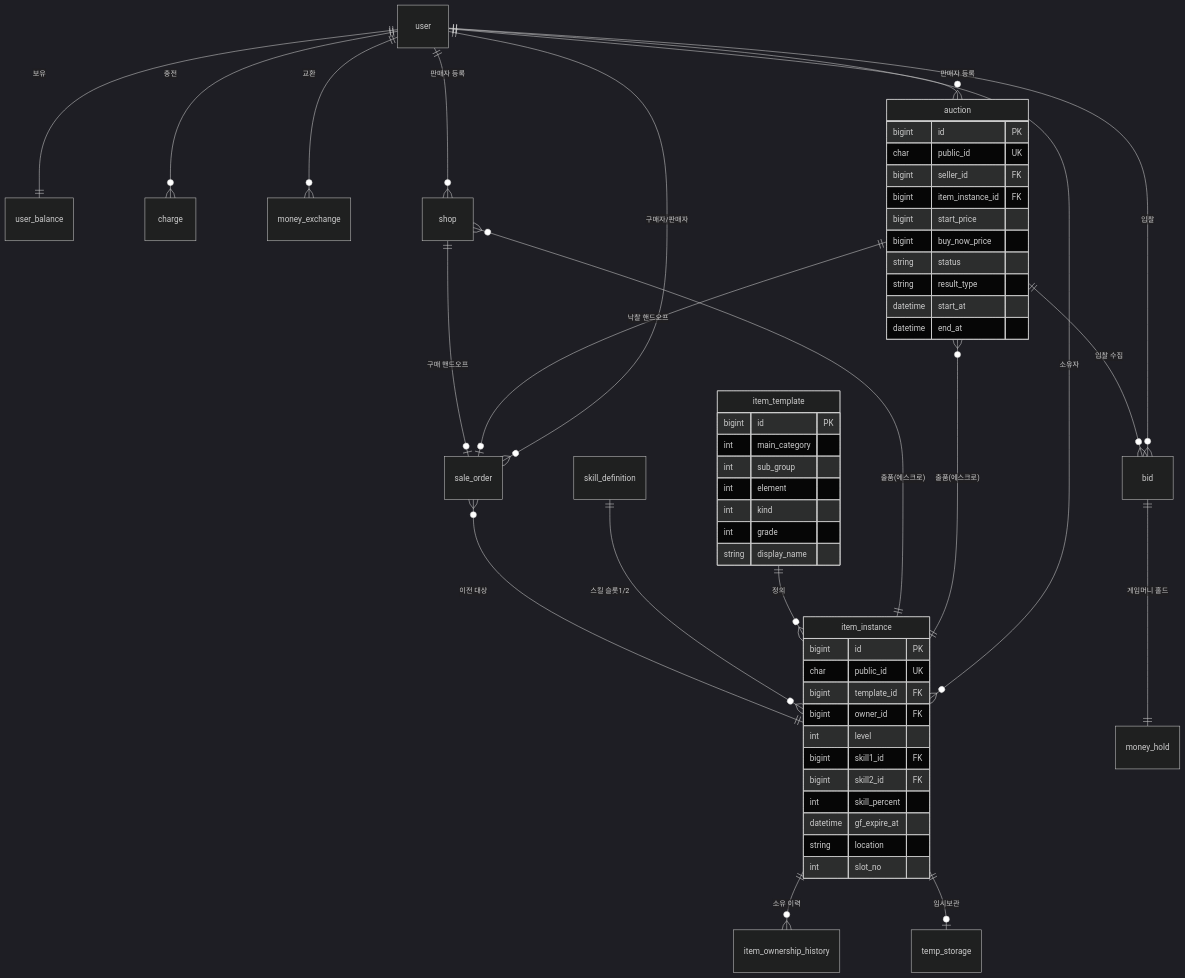
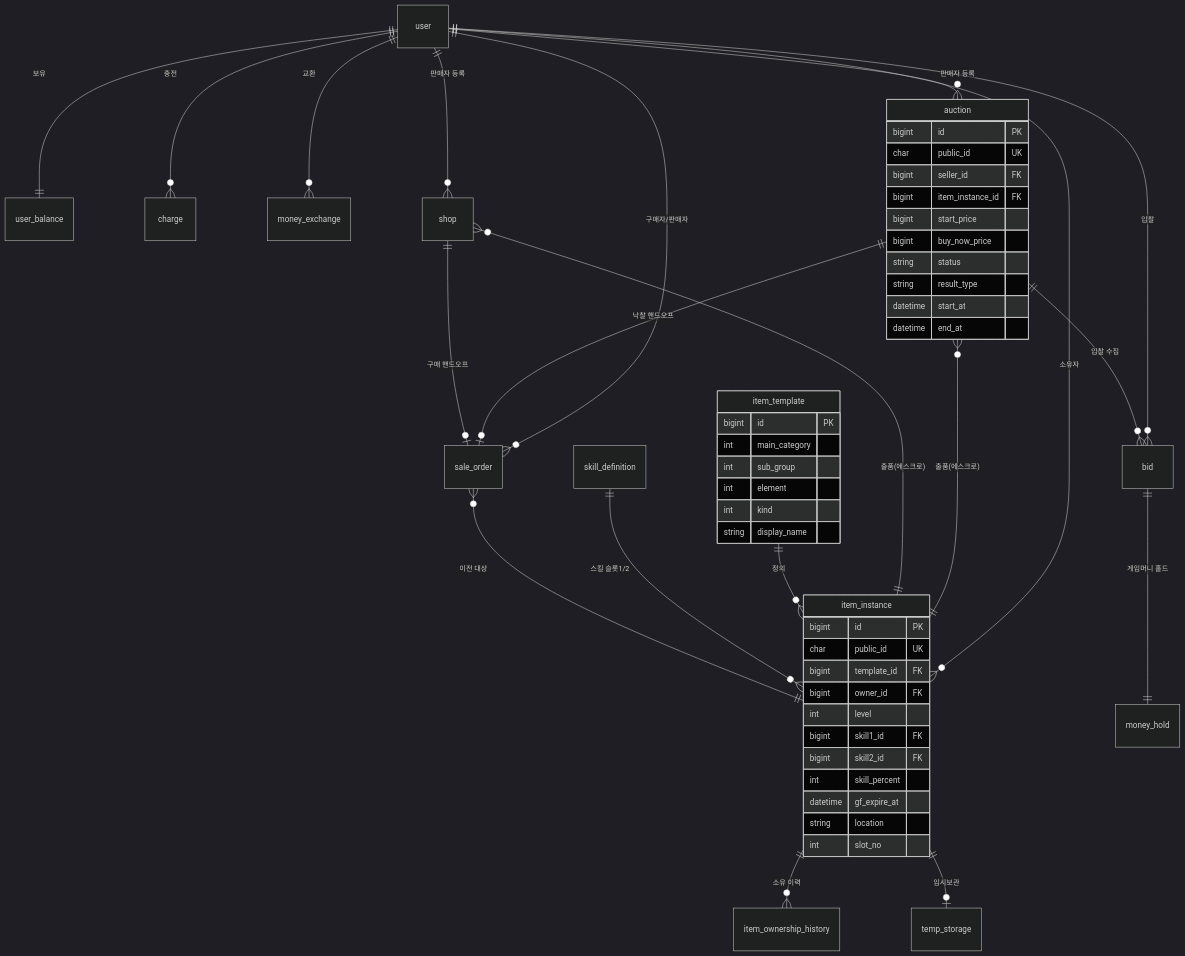
The diagram in docs/erd.md (jong15325/finalcall), drawn with Mermaid (dark theme) before and after one commit. The commit also changed other lines of this file and 6 other files, not shown here.

````diff
--- a/docs/erd.md
+++ b/docs/erd.md
@@ -70,60 +71,59 @@
 ```mermaid
 erDiagram
     user ||--|| user_balance : "보유"
     user ||--o{ charge : "충전"
     user ||--o{ money_exchange : "교환"
     user ||--o{ auction : "판매자 등록"
     user ||--o{ shop : "판매자 등록"
     user ||--o{ bid : "입찰"
     user ||--o{ sale_order : "구매자/판매자"
     user ||--o{ item_instance : "소유자"
 
     auction ||--o{ bid : "입찰 수집"
     bid ||--|| money_hold : "게임머니 홀드"
     auction ||--o| sale_order : "낙찰 핸드오프"
     shop ||--o| sale_order : "구매 핸드오프"
 
     auction }o--|| item_instance : "출품(에스크로)"
     shop }o--|| item_instance : "출품(에스크로)"
 
     item_template ||--o{ item_instance : "정의"
     skill_definition ||--o{ item_instance : "스킬 슬롯1/2"
     item_instance ||--o{ item_ownership_history : "소유 이력"
     item_instance ||--o| temp_storage : "임시보관"
     sale_order }o--|| item_instance : "이전 대상"
 
     item_instance {
       bigint id PK
       char public_id UK
       bigint template_id FK
       bigint owner_id FK
       int level
       bigint skill1_id FK
       bigint skill2_id FK
       int skill_percent
       datetime gf_expire_at
       string location
       int slot_no
     }
     item_template {
       bigint id PK
       int main_category
       int sub_group
       int element
       int kind
-      int grade
       string display_name
     }
     auction {
       bigint id PK
       char public_id UK
       bigint seller_id FK
       bigint item_instance_id FK
       bigint start_price
       bigint buy_now_price
       string status
       string result_type
       datetime start_at
       datetime end_at
     }
 ```
````
